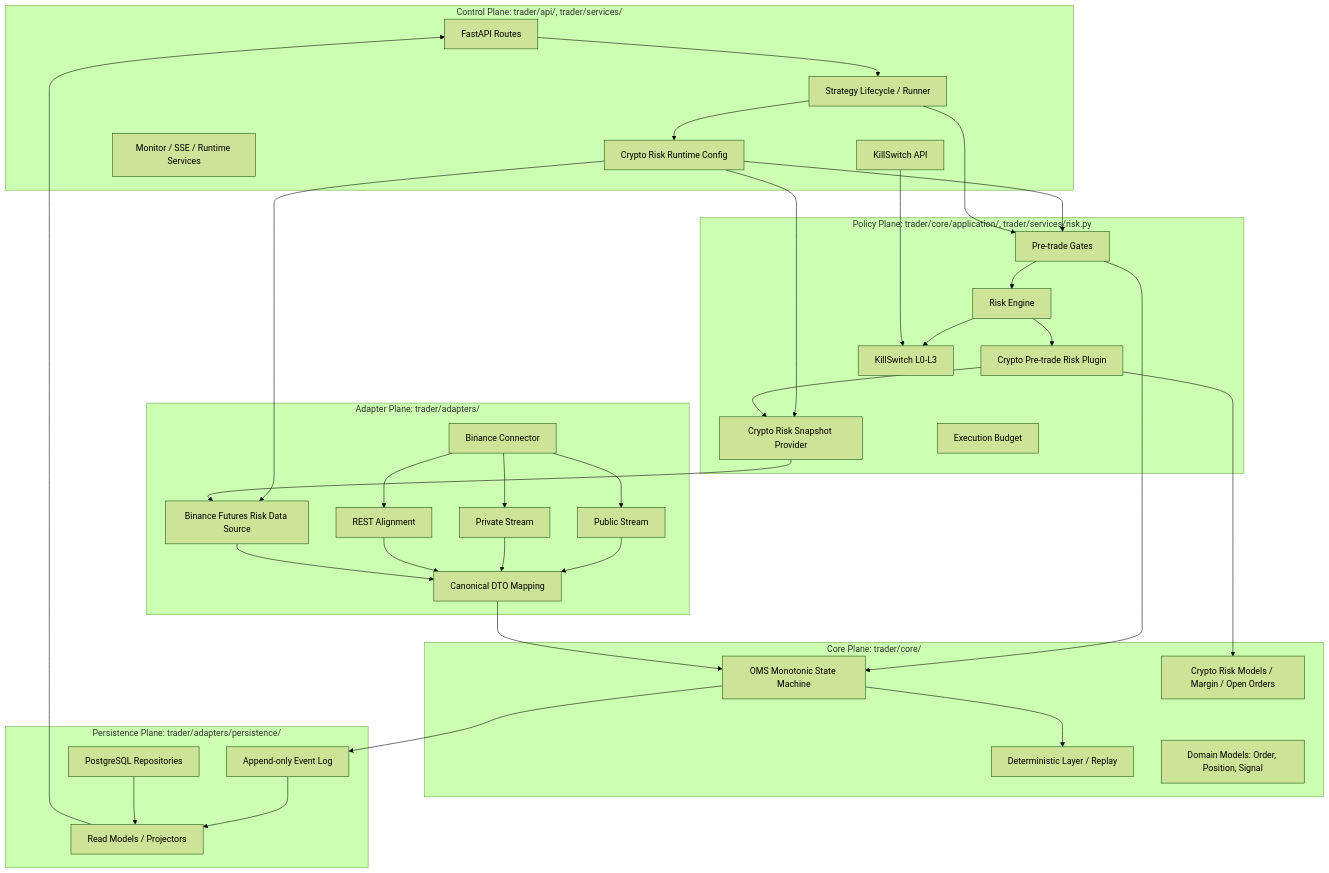
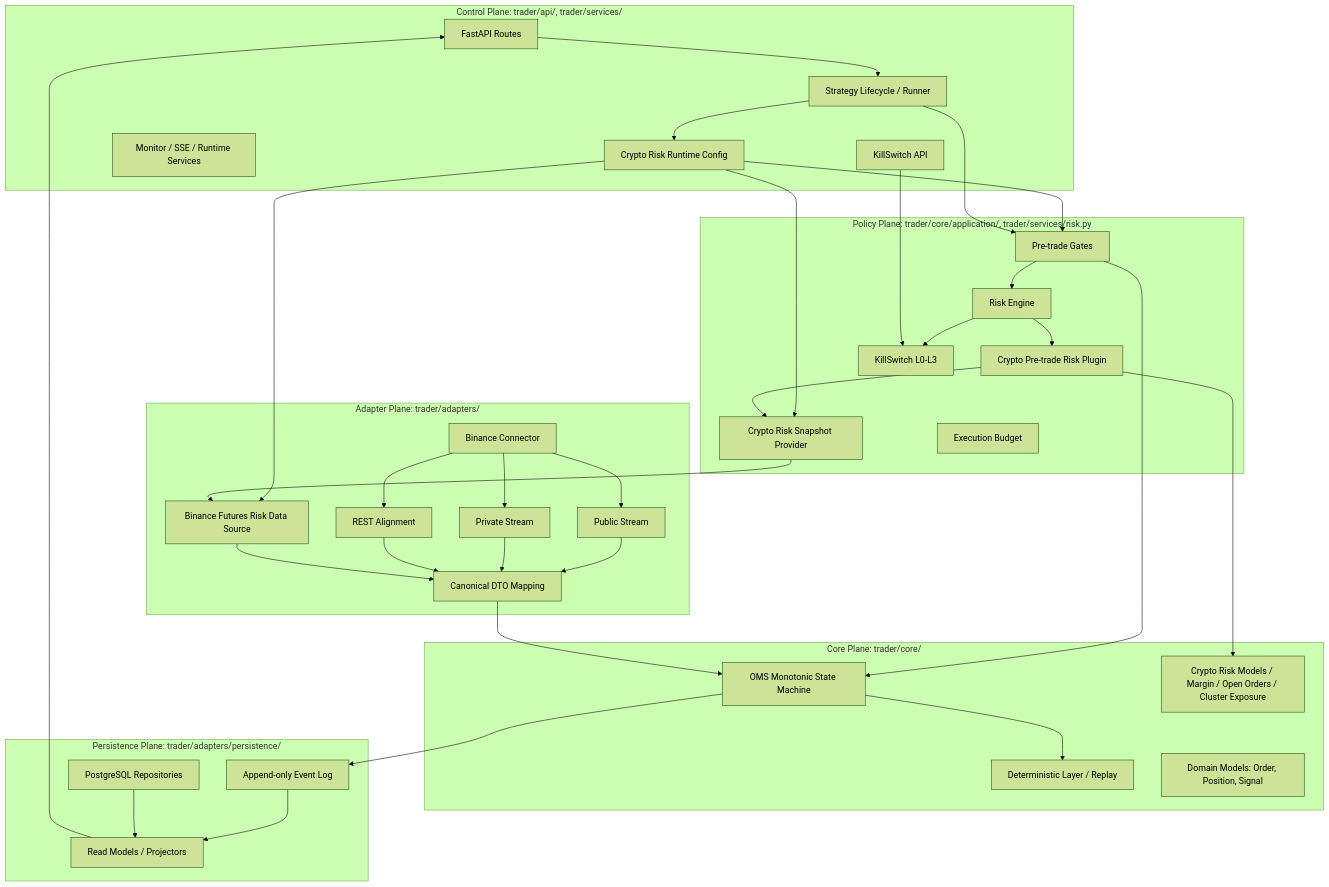
The first of 6 diagrams in docs/PROJECT_ARCHITECTURE.md (xiaomiaoalex/quant_trading_system), drawn with Mermaid (forest theme) before and after one commit. The commit also changed other lines of this file and 17 other files, not shown here.

Commit message:
feat(task-9.6): add crypto cluster exposure budgets

````diff
--- a/docs/PROJECT_ARCHITECTURE.md
+++ b/docs/PROJECT_ARCHITECTURE.md
@@ -16,69 +16,69 @@
 ```mermaid
 flowchart TB
     subgraph Control["Control Plane: trader/api/, trader/services/"]
         API["FastAPI Routes"]
         Lifecycle["Strategy Lifecycle / Runner"]
         CryptoRuntime["Crypto Risk Runtime Config"]
         Monitor["Monitor / SSE / Runtime Services"]
         KillAPI["KillSwitch API"]
     end
 
     subgraph Policy["Policy Plane: trader/core/application/, trader/services/risk.py"]
         Risk["Risk Engine"]
         Gate["Pre-trade Gates"]
         CryptoGate["Crypto Pre-trade Risk Plugin"]
         CryptoSnapshot["Crypto Risk Snapshot Provider"]
         Kill["KillSwitch L0-L3"]
         Budget["Execution Budget"]
     end
 
     subgraph Core["Core Plane: trader/core/"]
         OMS["OMS Monotonic State Machine"]
         Deterministic["Deterministic Layer / Replay"]
         Domain["Domain Models: Order, Position, Signal"]
-        CryptoRisk["Crypto Risk Models / Margin / Open Orders"]
+        CryptoRisk["Crypto Risk Models / Margin / Open Orders / Cluster Exposure"]
     end
 
     subgraph Adapter["Adapter Plane: trader/adapters/"]
         Binance["Binance Connector"]
         PublicWS["Public Stream"]
         PrivateWS["Private Stream"]
         RestAlign["REST Alignment"]
         Clean["Canonical DTO Mapping"]
         CryptoSource["Binance Futures Risk Data Source"]
     end
 
     subgraph Persistence["Persistence Plane: trader/adapters/persistence/"]
         EventLog["Append-only Event Log"]
         PG["PostgreSQL Repositories"]
         Projection["Read Models / Projectors"]
     end
 
     API --> Lifecycle
     Lifecycle --> CryptoRuntime
     CryptoRuntime --> Gate
     CryptoRuntime --> CryptoSnapshot
     CryptoRuntime --> CryptoSource
     Lifecycle --> Gate
     Gate --> Risk
     Risk --> CryptoGate
     CryptoGate --> CryptoSnapshot
     CryptoGate --> CryptoRisk
     CryptoSnapshot --> CryptoSource
     Risk --> Kill
     Gate --> OMS
     OMS --> Deterministic
     OMS --> EventLog
     EventLog --> Projection
     Projection --> API
     Binance --> PublicWS
     Binance --> PrivateWS
     Binance --> RestAlign
     PublicWS --> Clean
     PrivateWS --> Clean
     RestAlign --> Clean
     Clean --> OMS
     CryptoSource --> Clean
     PG --> Projection
     KillAPI --> Kill
 ```
````
